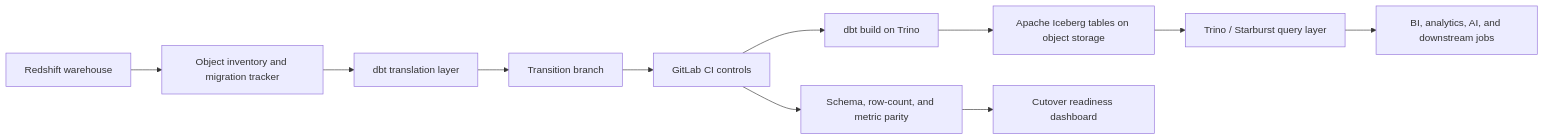
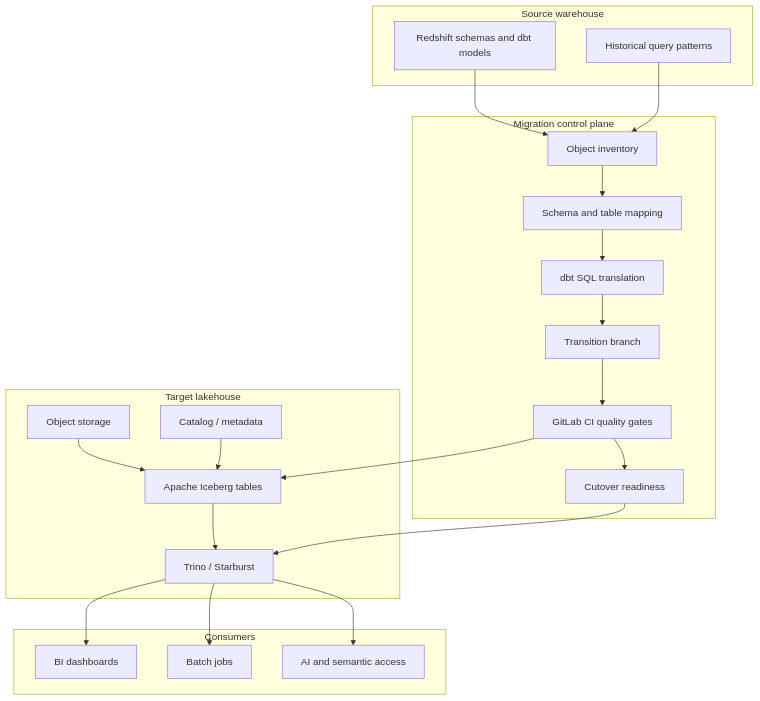
One commit to dymytryo/warehouse-to-lakehouse-migration changed the diagram in README.md. Above: the diagram before and after it, drawn with Mermaid. The commit also changed other lines of this file and 17 other files, not shown here.

````diff
--- a/README.md
+++ b/README.md
@@ -27,14 +52,45 @@
 ```mermaid
-flowchart LR
-    A[Redshift warehouse] --> B[Object inventory and migration tracker]
-    B --> C[dbt translation layer]
-    C --> D[Transition branch]
-    D --> E[GitLab CI controls]
-    E --> F[dbt build on Trino]
-    F --> G[Apache Iceberg tables on object storage]
-    G --> H[Trino / Starburst query layer]
-    H --> I[BI, analytics, AI, and downstream jobs]
+flowchart TB
+    subgraph Source["Source warehouse"]
+        RS[Redshift schemas and dbt models]
+        RSQ[Historical query patterns]
+    end
 
-    E --> J[Schema, row-count, and metric parity]
-    J --> K[Cutover readiness dashboard]
+    subgraph Migration["Migration control plane"]
+        INV[Object inventory]
+        MAP[Schema and table mapping]
+        TRANS[dbt SQL translation]
+        BRANCH[Transition branch]
+        CI[GitLab CI quality gates]
+        READY[Cutover readiness]
+    end
+
+    subgraph Lakehouse["Target lakehouse"]
+        S3[Object storage]
+        ICE[Apache Iceberg tables]
+        CAT[Catalog / metadata]
+        TRINO[Trino / Starburst]
+    end
+
+    subgraph Consumers["Consumers"]
+        BI[BI dashboards]
+        JOBS[Batch jobs]
+        AI[AI and semantic access]
+    end
+
+    RS --> INV
+    RSQ --> INV
+    INV --> MAP
+    MAP --> TRANS
+    TRANS --> BRANCH
+    BRANCH --> CI
+    CI --> ICE
+    S3 --> ICE
+    CAT --> ICE
+    ICE --> TRINO
+    TRINO --> BI
+    TRINO --> JOBS
+    TRINO --> AI
+    CI --> READY
+    READY --> TRINO
 ```
````
